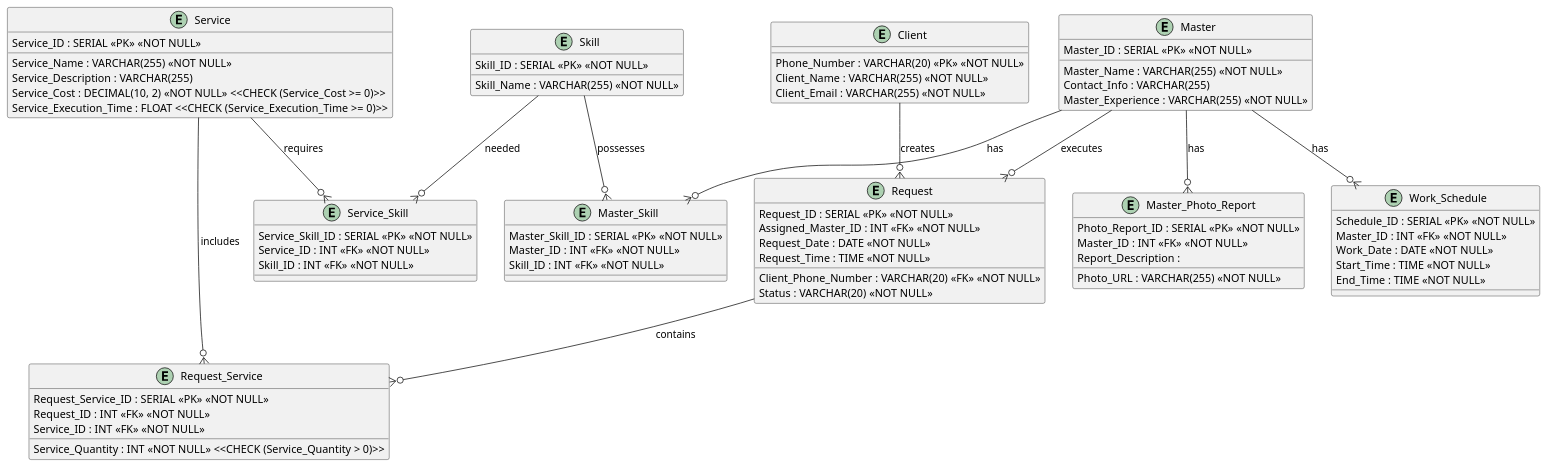
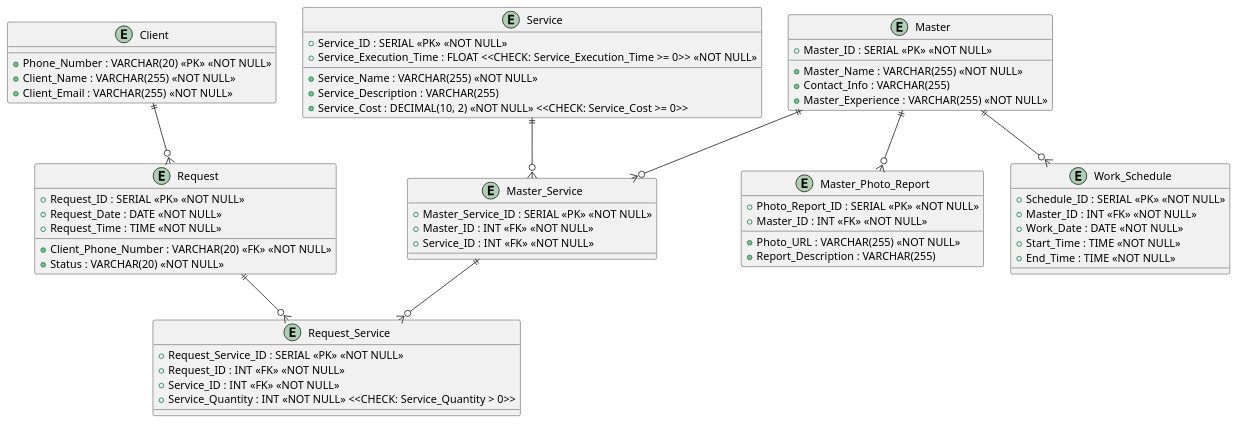
Before and after one commit to LyubovGorelik/AdminHelper: the diagram in my-website/docs/DB/physicbase.md, drawn with PlantUML. The commit also changed 9 other files, not shown here.

```diff
--- a/my-website/docs/DB/physicbase.md
+++ b/my-website/docs/DB/physicbase.md
@@ -9,84 +9,70 @@
 @startuml
 
 entity "Client" {
-    Phone_Number : VARCHAR(20) <<PK>> <<NOT NULL>>
-    Client_Name : VARCHAR(255) <<NOT NULL>>
-    Client_Email : VARCHAR(255) <<NOT NULL>>
+    + Phone_Number : VARCHAR(20) <<PK>> <<NOT NULL>>
+    + Client_Name : VARCHAR(255) <<NOT NULL>>
+    + Client_Email : VARCHAR(255) <<NOT NULL>>
 }
 
 entity "Master" {
-    Master_ID : SERIAL <<PK>> <<NOT NULL>>
-    Master_Name : VARCHAR(255) <<NOT NULL>>
-    Contact_Info : VARCHAR(255)
-    Master_Experience : VARCHAR(255) <<NOT NULL>>
+    + Master_ID : SERIAL <<PK>> <<NOT NULL>>
+    + Master_Name : VARCHAR(255) <<NOT NULL>>
+    + Contact_Info : VARCHAR(255)
+    + Master_Experience : VARCHAR(255) <<NOT NULL>>
 }
 
 entity "Request" {
-    Request_ID : SERIAL <<PK>> <<NOT NULL>>
-    Client_Phone_Number : VARCHAR(20) <<FK>> <<NOT NULL>>
-    Assigned_Master_ID : INT <<FK>> <<NOT NULL>>
-    Request_Date : DATE <<NOT NULL>>
-    Request_Time : TIME <<NOT NULL>>
-    Status : VARCHAR(20) <<NOT NULL>>
+    + Request_ID : SERIAL <<PK>> <<NOT NULL>>
+    + Client_Phone_Number : VARCHAR(20) <<FK>> <<NOT NULL>>
+    + Request_Date : DATE <<NOT NULL>>
+    + Request_Time : TIME <<NOT NULL>>
+    + Status : VARCHAR(20) <<NOT NULL>>
 }
 
 entity "Service" {
-    Service_ID : SERIAL <<PK>> <<NOT NULL>>
-    Service_Name : VARCHAR(255) <<NOT NULL>>
-    Service_Description : VARCHAR(255)
-    Service_Cost : DECIMAL(10, 2) <<NOT NULL>> <<CHECK (Service_Cost >= 0)>>
-    Service_Execution_Time : FLOAT <<CHECK (Service_Execution_Time >= 0)>>
-}
-
-entity "Skill" {
-    Skill_ID : SERIAL <<PK>> <<NOT NULL>>
-    Skill_Name : VARCHAR(255) <<NOT NULL>>
-}
-
-entity "Service_Skill" {
-    Service_Skill_ID : SERIAL <<PK>> <<NOT NULL>>
-    Service_ID : INT <<FK>> <<NOT NULL>>
-    Skill_ID : INT <<FK>> <<NOT NULL>>
+    + Service_ID : SERIAL <<PK>> <<NOT NULL>>
+    + Service_Name : VARCHAR(255) <<NOT NULL>>
+    + Service_Description : VARCHAR(255)
+    + Service_Cost : DECIMAL(10, 2) <<NOT NULL>> <<CHECK: Service_Cost >= 0>>
+    + Service_Execution_Time : FLOAT <<CHECK: Service_Execution_Time >= 0>> <<NOT NULL>>
 }
 
 entity "Request_Service" {
-    Request_Service_ID : SERIAL <<PK>> <<NOT NULL>>
-    Request_ID : INT <<FK>> <<NOT NULL>>
-    Service_ID : INT <<FK>> <<NOT NULL>>
-    Service_Quantity : INT <<NOT NULL>> <<CHECK (Service_Quantity > 0)>>
+    + Request_Service_ID : SERIAL <<PK>> <<NOT NULL>>
+    + Request_ID : INT <<FK>> <<NOT NULL>>
+    + Service_ID : INT <<FK>> <<NOT NULL>>
+    + Service_Quantity : INT <<NOT NULL>> <<CHECK: Service_Quantity > 0>>
 }
 
-entity "Master_Skill" {
-    Master_Skill_ID : SERIAL <<PK>> <<NOT NULL>>
-    Master_ID : INT <<FK>> <<NOT NULL>>
-    Skill_ID : INT <<FK>> <<NOT NULL>>
+entity "Master_Service" {
+    + Master_Service_ID : SERIAL <<PK>> <<NOT NULL>>
+    + Master_ID : INT <<FK>> <<NOT NULL>>
+    + Service_ID : INT <<FK>> <<NOT NULL>>
 }
 
 entity "Master_Photo_Report" {
-    Photo_Report_ID : SERIAL <<PK>> <<NOT NULL>>
-    Master_ID : INT <<FK>> <<NOT NULL>>
-    Photo_URL : VARCHAR(255) <<NOT NULL>>
-    Report_Description : 
+    + Photo_Report_ID : SERIAL <<PK>> <<NOT NULL>>
+    + Master_ID : INT <<FK>> <<NOT NULL>>
+    + Photo_URL : VARCHAR(255) <<NOT NULL>>
+    + Report_Description : VARCHAR(255)
 }
 
 entity "Work_Schedule" {
-    Schedule_ID : SERIAL <<PK>> <<NOT NULL>>
-    Master_ID : INT <<FK>> <<NOT NULL>>
-    Work_Date : DATE <<NOT NULL>>
-    Start_Time : TIME <<NOT NULL>>
-    End_Time : TIME <<NOT NULL>>
+    + Schedule_ID : SERIAL <<PK>> <<NOT NULL>>
+    + Master_ID : INT <<FK>> <<NOT NULL>>
+    + Work_Date : DATE <<NOT NULL>>
+    + Start_Time : TIME <<NOT NULL>>
+    + End_Time : TIME <<NOT NULL>>
 }
 
-"Client" --o{ "Request" : "creates"
-"Master" --o{ "Request" : "executes"
-"Request" --o{ "Request_Service" : "contains"
-"Service" --o{ "Request_Service" : "includes"
-"Service" --o{ "Service_Skill" : "requires"
-"Skill" --o{ "Service_Skill" : "needed"
-"Master" --o{ "Master_Skill" : "has"
-"Skill" --o{ "Master_Skill" : "possesses"
-"Master" --o{ "Master_Photo_Report" : "has"
-"Master" --o{ "Work_Schedule" : "has"
+' Определение связей между сущностями
+Client ||--o{ Request  
+Request ||--o{ Request_Service
+Master_Service ||--o{ Request_Service
+Master ||--o{ Master_Service
+Service ||--o{ Master_Service
+Master ||--o{ Master_Photo_Report
+Master ||--o{ Work_Schedule
 
 @enduml
 
```
